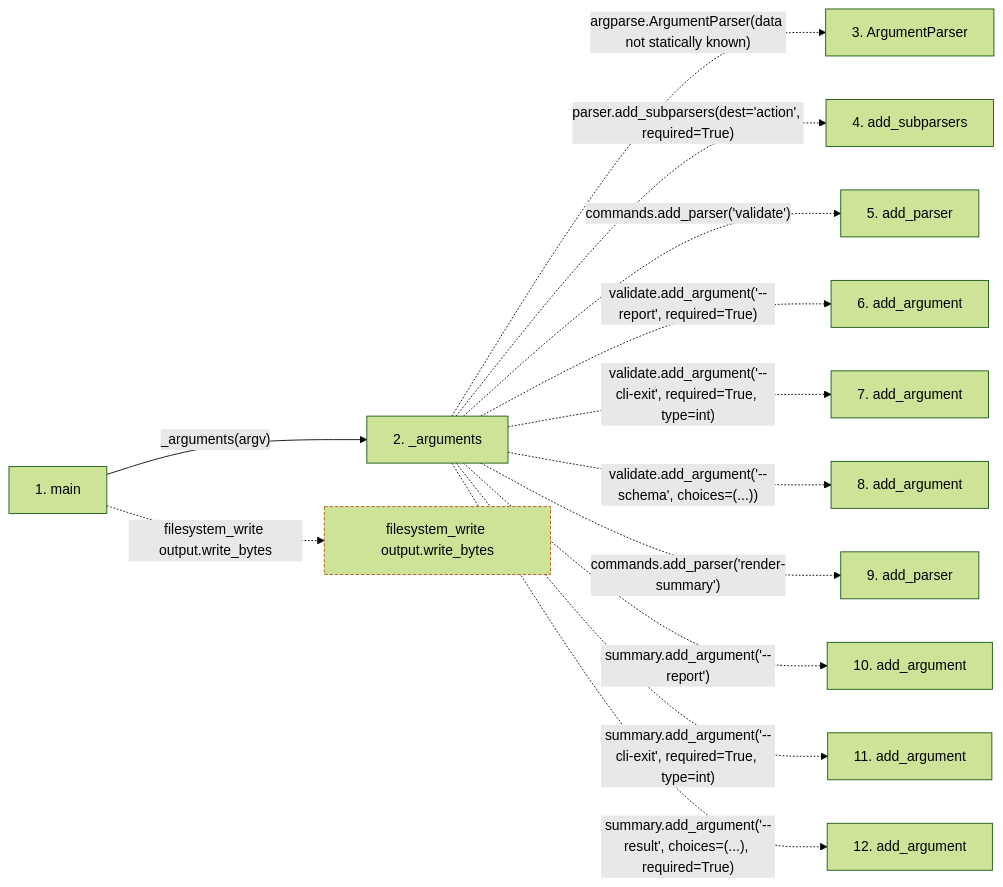
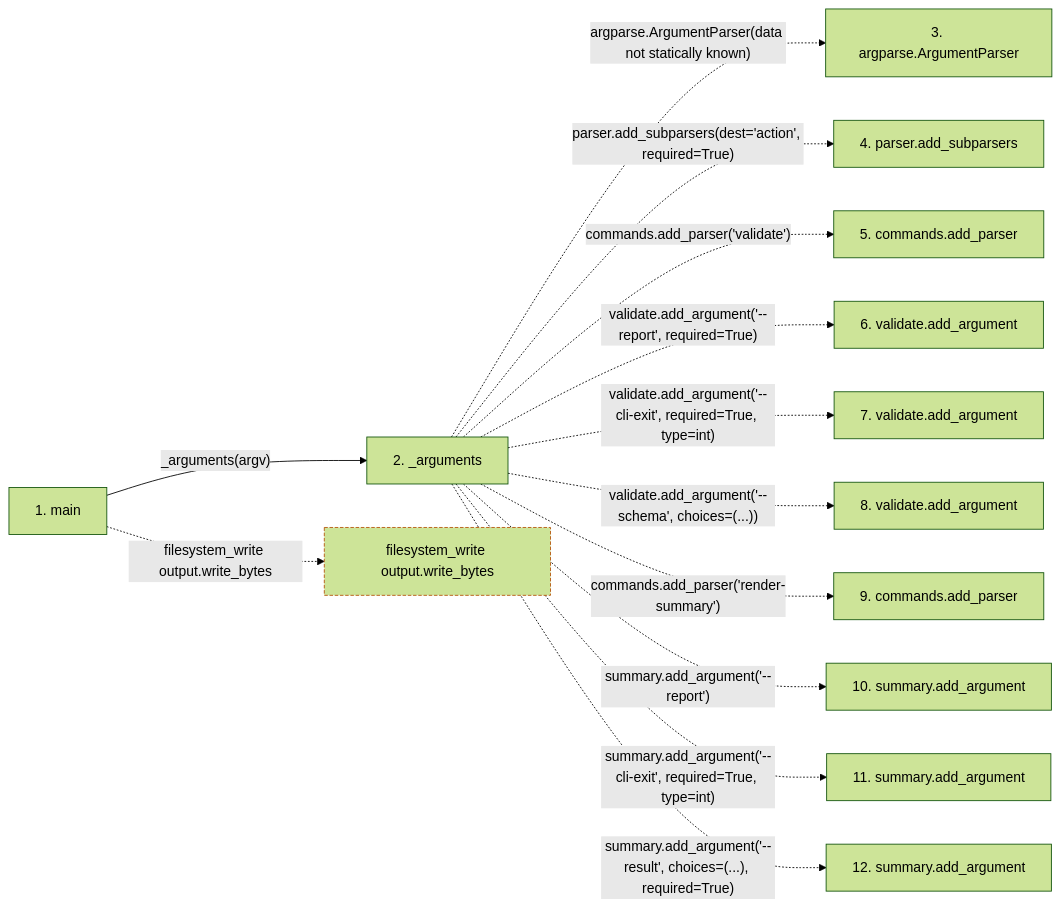
The second of 2 diagrams in docs/llm_wiki/flows/process-ci_report.md (Denissvgn/python-wiki-llm), drawn with Mermaid (forest theme) before and after one commit. The commit also changed other lines of this file and 719 other files, not shown here.

````diff
--- a/docs/llm_wiki/flows/process-ci_report.md
+++ b/docs/llm_wiki/flows/process-ci_report.md
@@ -66,32 +67,32 @@
 ```mermaid
 flowchart LR
     s1["1. main"]
     s2["2. _arguments"]
-    s3["3. ArgumentParser"]
-    s4["4. add_subparsers"]
-    s5["5. add_parser"]
-    s6["6. add_argument"]
-    s7["7. add_argument"]
-    s8["8. add_argument"]
-    s9["9. add_parser"]
-    s10["10. add_argument"]
-    s11["11. add_argument"]
-    s12["12. add_argument"]
+    s3["3. argparse.ArgumentParser"]
+    s4["4. parser.add_subparsers"]
+    s5["5. commands.add_parser"]
+    s6["6. validate.add_argument"]
+    s7["7. validate.add_argument"]
+    s8["8. validate.add_argument"]
+    s9["9. commands.add_parser"]
+    s10["10. summary.add_argument"]
+    s11["11. summary.add_argument"]
+    s12["12. summary.add_argument"]
     s1 -->|"_arguments(argv)"| s2
     s2 -. "argparse.ArgumentParser(data not statically known)" .-> s3
     s2 -. "parser.add_subparsers(dest='action', required=True)" .-> s4
     s2 -. "commands.add_parser('validate')" .-> s5
     s2 -. "validate.add_argument('--report', required=True)" .-> s6
     s2 -. "validate.add_argument('--cli-exit', required=True, type=int)" .-> s7
     s2 -. "validate.add_argument('--schema', choices=(...))" .-> s8
     s2 -. "commands.add_parser('render-summary')" .-> s9
     s2 -. "summary.add_argument('--report')" .-> s10
     s2 -. "summary.add_argument('--cli-exit', required=True, type=int)" .-> s11
     s2 -. "summary.add_argument('--result', choices=(...), required=True)" .-> s12
     b0["filesystem_write output.write_bytes"]
     s1 -. "filesystem_write output.write_bytes" .-> b0
     click s1 "../modules/ci_report.md"
     click s2 "../modules/ci_report.md"
     classDef boundary stroke:#b45309,stroke-dasharray: 4 2
     class b0 boundary
 ```
````
